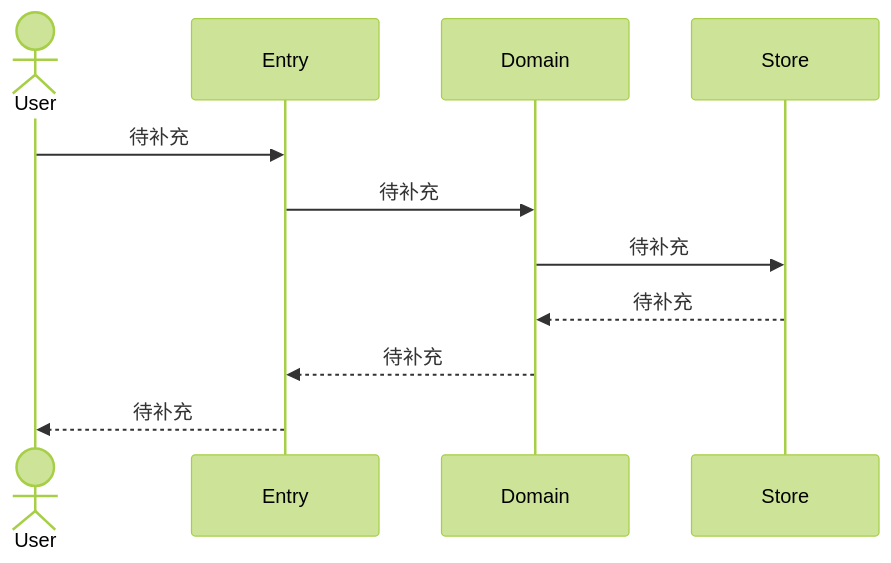
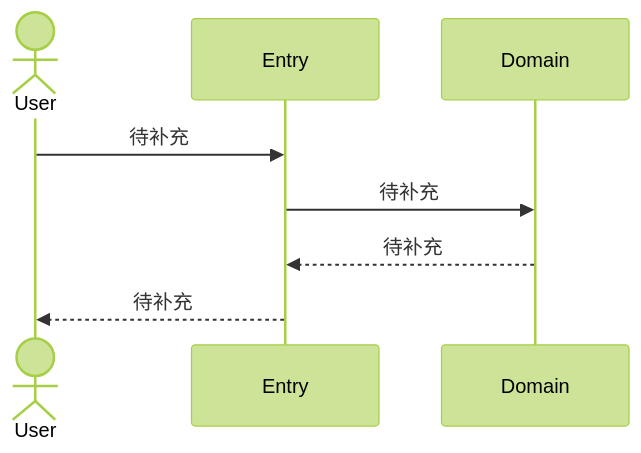
One commit to kedamitch/open-spec-mesh changed the first of 2 diagrams in sdd-change/references/design-template.md. Above: the diagram before and after it, drawn with Mermaid (forest theme). The commit also changed other lines of this file and 4 other files, not shown here.

````diff
--- a/sdd-change/references/design-template.md
+++ b/sdd-change/references/design-template.md
@@ -21,13 +21,10 @@
 ```mermaid
 sequenceDiagram
     actor User
     participant Entry
     participant Domain
-    participant Store
     User->>Entry: 待补充
     Entry->>Domain: 待补充
-    Domain->>Store: 待补充
-    Store-->>Domain: 待补充
     Domain-->>Entry: 待补充
     Entry-->>User: 待补充
 ```
````
